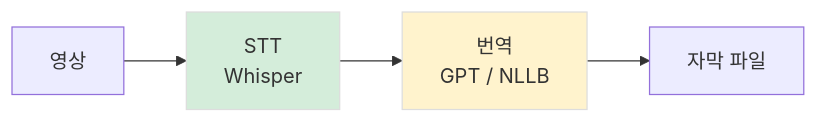
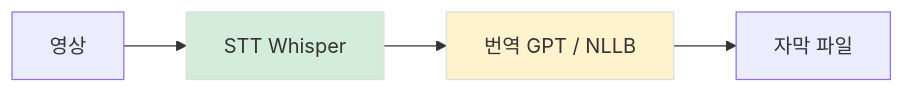
Before and after one commit to Kanghyeop/pages-book-agent101: the third of 3 diagrams in 02-literacy/22-foundation.md, drawn with Mermaid. The commit also changed other lines of this file and 48 other files, not shown here.

First line of the commit message:
fix: Mermaid 렌더링 + SVG 경로 수정

````diff
--- a/02-literacy/22-foundation.md
+++ b/02-literacy/22-foundation.md
@@ -93,9 +93,9 @@
 ```mermaid
 flowchart LR
-    A[영상] --> B[STT<br/>Whisper]
-    B --> C[번역<br/>GPT / NLLB]
+    A[영상] --> B[STT Whisper]
+    B --> C[번역 GPT / NLLB]
     C --> D[자막 파일]
 
     style B fill:#D4EDDA,stroke:#DDDDDD
     style C fill:#FFF3CD,stroke:#DDDDDD
 ```
````
